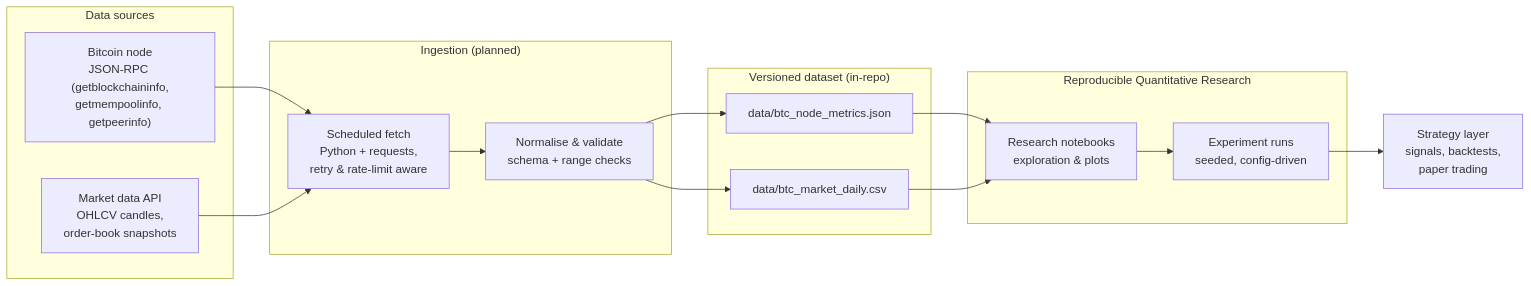
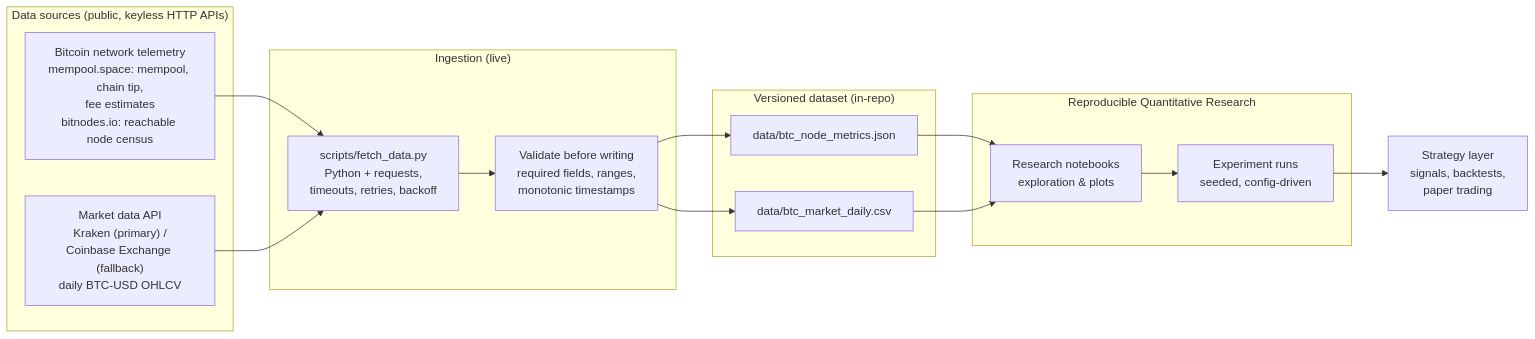
Before and after one commit to Morrow588/global-btc-nodes: the diagram in README.md, drawn with Mermaid. The commit also changed other lines of this file and 4 other files, not shown here.

First line of the commit message:
feat(pipeline): fetch live Bitcoin node + market data on a daily schedule

````diff
--- a/README.md
+++ b/README.md
@@ -33,34 +33,34 @@
 ```mermaid
 flowchart LR
-    subgraph SRC["Data sources"]
-        BTC["Bitcoin node<br/>JSON-RPC (getblockchaininfo,<br/>getmempoolinfo, getpeerinfo)"]
-        MKT["Market data API<br/>OHLCV candles,<br/>order-book snapshots"]
+    subgraph SRC["Data sources (public, keyless HTTP APIs)"]
+        BTC["Bitcoin network telemetry<br/>mempool.space: mempool, chain tip,<br/>fee estimates<br/>bitnodes.io: reachable node census"]
+        MKT["Market data API<br/>Kraken (primary) /<br/>Coinbase Exchange (fallback)<br/>daily BTC-USD OHLCV"]
     end
 
-    subgraph ING["Ingestion (planned)"]
-        FETCH["Scheduled fetch<br/>Python + requests,<br/>retry & rate-limit aware"]
-        VALID["Normalise &amp; validate<br/>schema + range checks"]
+    subgraph ING["Ingestion (live)"]
+        FETCH["scripts/fetch_data.py<br/>Python + requests,<br/>timeouts, retries, backoff"]
+        VALID["Validate before writing<br/>required fields, ranges,<br/>monotonic timestamps"]
     end
 
     subgraph DATA["Versioned dataset (in-repo)"]
         NODES["data/btc_node_metrics.json"]
         BARS["data/btc_market_daily.csv"]
     end
 
     subgraph LAB["Reproducible Quantitative Research"]
         NB["Research notebooks<br/>exploration &amp; plots"]
         EXP["Experiment runs<br/>seeded, config-driven"]
     end
 
     STRAT["Strategy layer<br/>signals, backtests,<br/>paper trading"]
 
     BTC --> FETCH
     MKT --> FETCH
     FETCH --> VALID
     VALID --> NODES
     VALID --> BARS
     NODES --> NB
     BARS --> NB
     NB --> EXP
     EXP --> STRAT
 ```
````
